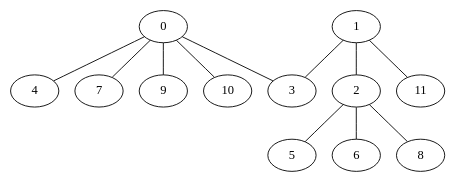
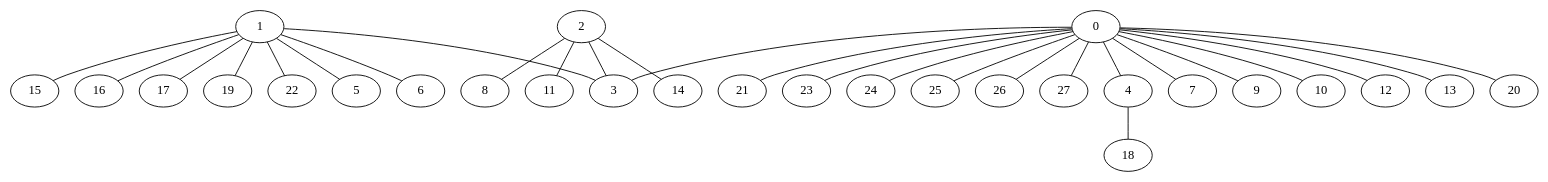
One commit to corentinckf/projetZ1 changed the diagram in partition/foret.dot. Above: the diagram before and after it, drawn with Graphviz. The commit also changed 11 other files, not shown here.

```diff
--- a/partition/foret.dot
+++ b/partition/foret.dot
@@ -1,25 +1,57 @@
 graph {
 	0
 	1
 	2
 	3
 	4
 	5
 	6
 	7
 	8
 	9
 	10
 	11
+	12
+	13
+	14
+	15
+	16
+	17
+	18
+	19
+	20
+	21
+	22
+	23
+	24
+	25
+	26
+	27
 	0 -- 3
 	0 -- 4
 	0 -- 7
 	0 -- 9
 	0 -- 10
-	1 -- 2
+	0 -- 12
+	0 -- 13
+	0 -- 20
+	0 -- 21
+	0 -- 23
+	0 -- 24
+	0 -- 25
+	0 -- 26
+	0 -- 27
 	1 -- 3
-	1 -- 11
-	2 -- 5
-	2 -- 6
+	1 -- 5
+	1 -- 6
+	1 -- 15
+	1 -- 16
+	1 -- 17
+	1 -- 19
+	1 -- 22
+	2 -- 3
 	2 -- 8
+	2 -- 11
+	2 -- 14
+	4 -- 18
 }
```
